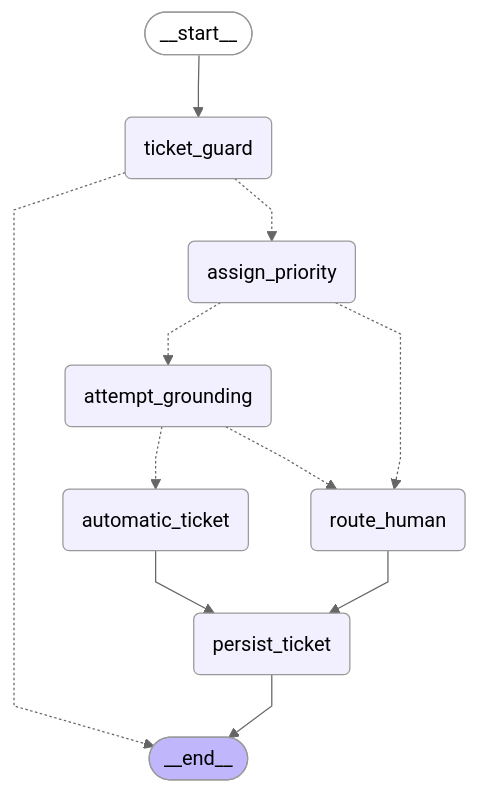
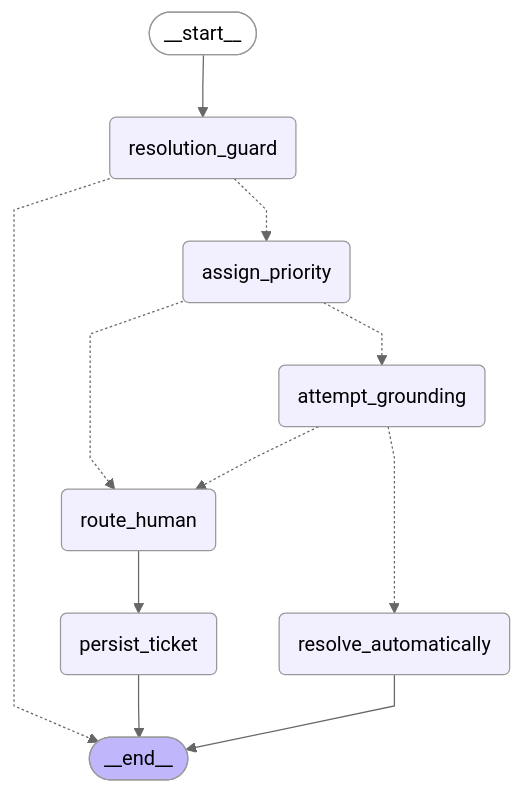
Before and after one commit to ChristianMendozaa/banking-orchestration-system: the seventh of 10 diagrams in README.md, drawn with Mermaid (neutral theme). The commit also changed other lines of this file and 48 other files, not shown here.

````diff
--- a/README.md
+++ b/README.md
@@ -371,29 +371,29 @@
 ```mermaid
 ---
 config:
   flowchart:
     curve: linear
 ---
 graph TD;
 	__start__([<p>__start__</p>]):::first
-	ticket_guard(ticket_guard)
+	resolution_guard(resolution_guard)
 	assign_priority(assign_priority)
 	attempt_grounding(attempt_grounding)
-	automatic_ticket(automatic_ticket)
+	resolve_automatically(resolve_automatically)
 	route_human(route_human)
 	persist_ticket(persist_ticket)
 	__end__([<p>__end__</p>]):::last
-	__start__ --> ticket_guard;
+	__start__ --> resolution_guard;
 	assign_priority -.-> attempt_grounding;
 	assign_priority -.-> route_human;
-	attempt_grounding -.-> automatic_ticket;
+	attempt_grounding -.-> resolve_automatically;
 	attempt_grounding -.-> route_human;
-	automatic_ticket --> persist_ticket;
+	resolution_guard -.-> __end__;
+	resolution_guard -.-> assign_priority;
 	route_human --> persist_ticket;
-	ticket_guard -.-> __end__;
-	ticket_guard -.-> assign_priority;
 	persist_ticket --> __end__;
+	resolve_automatically --> __end__;
 	classDef default fill:#f2f0ff,line-height:1.2
 	classDef first fill-opacity:0
 	classDef last fill:#bfb6fc
 ```
````
